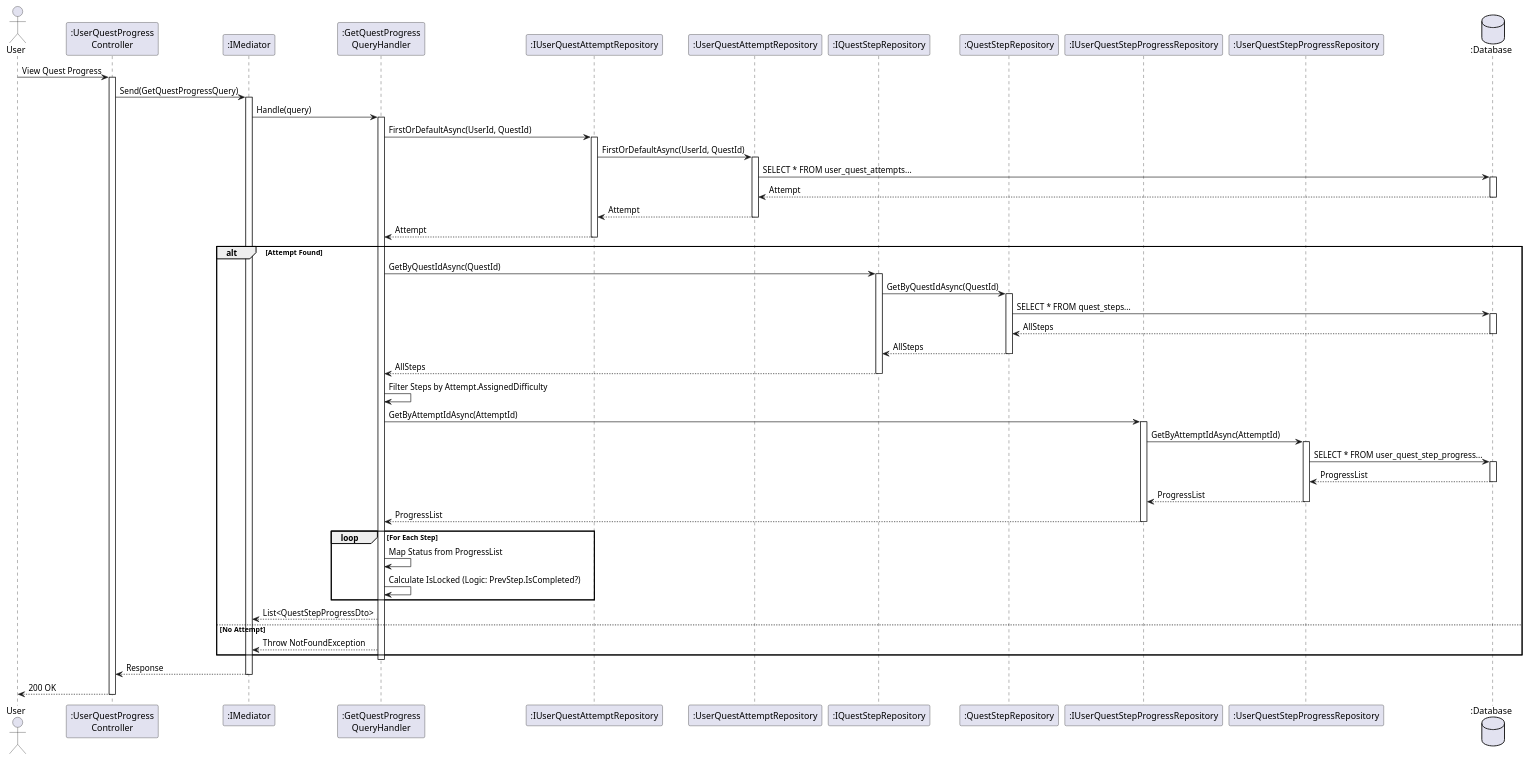
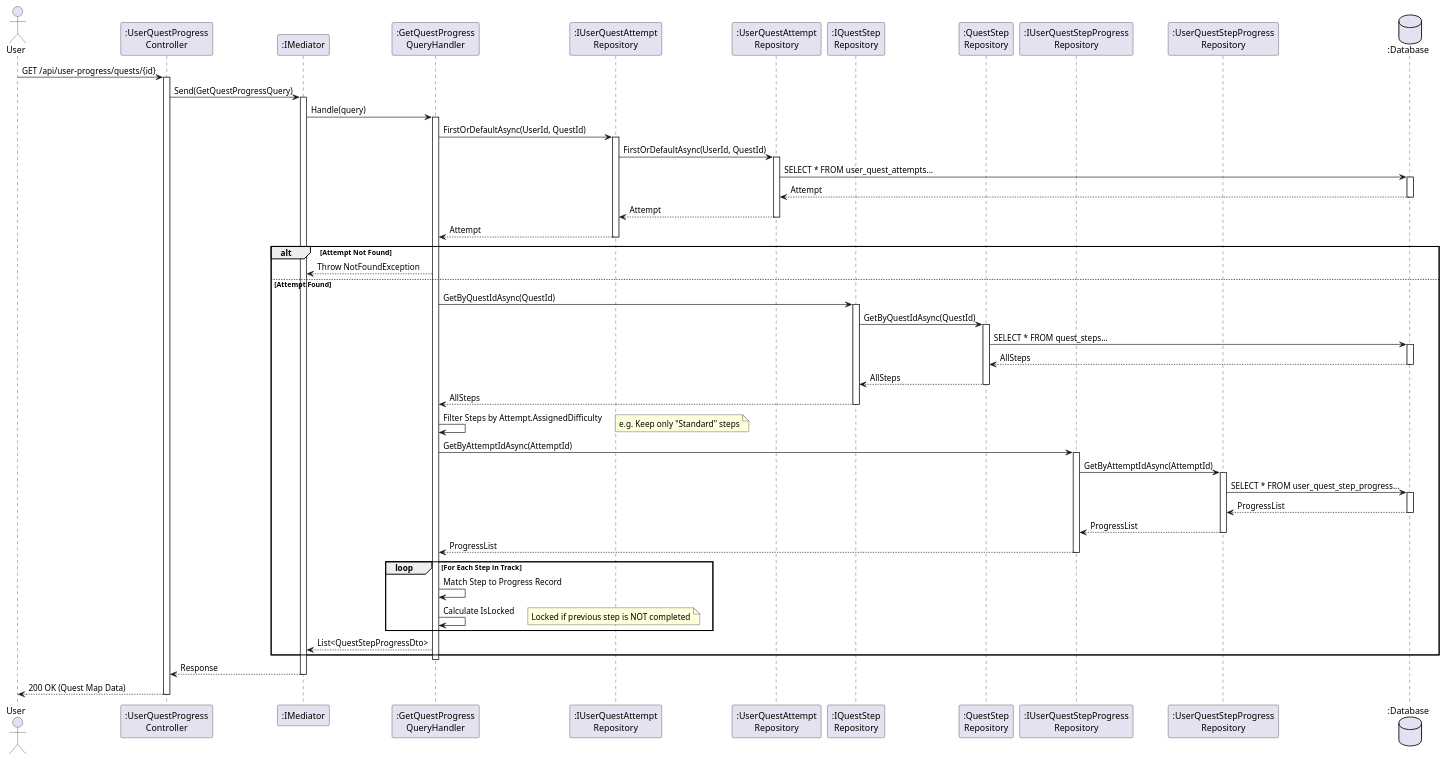
One commit to FA25SE050-RogueLearn/RogueLearn.BMAD.Documentation changed the diagram in docs/srs/diagrams/sequence-diagram/user-progress-statistic/get-user-quest-progress-seq.puml. Above: the diagram before and after it, drawn with PlantUML.

```diff
--- a/docs/srs/diagrams/sequence-diagram/user-progress-statistic/get-user-quest-progress-seq.puml
+++ b/docs/srs/diagrams/sequence-diagram/user-progress-statistic/get-user-quest-progress-seq.puml
@@ -1,86 +1,93 @@
 @startuml
 actor User
 participant ":UserQuestProgress\nController" as Controller
 participant ":IMediator" as Med
 participant ":GetQuestProgress\nQueryHandler" as Handler
-participant ":IUserQuestAttemptRepository" as IAttemptRepo
-participant ":UserQuestAttemptRepository" as AttemptRepo
-participant ":IQuestStepRepository" as IStepRepo
-participant ":QuestStepRepository" as StepRepo
-participant ":IUserQuestStepProgressRepository" as IProgressRepo
-participant ":UserQuestStepProgressRepository" as ProgressRepo
+participant ":IUserQuestAttempt\nRepository" as IAttemptRepo
+participant ":UserQuestAttempt\nRepository" as AttemptRepo
+participant ":IQuestStep\nRepository" as IStepRepo
+participant ":QuestStep\nRepository" as StepRepo
+participant ":IUserQuestStepProgress\nRepository" as IProgressRepo
+participant ":UserQuestStepProgress\nRepository" as ProgressRepo
 database ":Database" as DB
 
-User -> Controller : View Quest Progress
+User -> Controller : GET /api/user-progress/quests/{id}
 activate Controller
 
 Controller -> Med : Send(GetQuestProgressQuery)
 activate Med
 
 Med -> Handler : Handle(query)
 activate Handler
 
-' 1. Get Attempt (Source of Truth)
+' 1. Get Attempt (Source of Truth for Difficulty)
 Handler -> IAttemptRepo : FirstOrDefaultAsync(UserId, QuestId)
 activate IAttemptRepo
 IAttemptRepo -> AttemptRepo : FirstOrDefaultAsync(UserId, QuestId)
 activate AttemptRepo
 AttemptRepo -> DB : SELECT * FROM user_quest_attempts...
 activate DB
 DB --> AttemptRepo : Attempt
 deactivate DB
 AttemptRepo --> IAttemptRepo : Attempt
 deactivate AttemptRepo
 IAttemptRepo --> Handler : Attempt
 deactivate IAttemptRepo
 
-alt Attempt Found
-    ' 2. Get Steps for Track
+alt Attempt Not Found
+    Handler --> Med : Throw NotFoundException
+else Attempt Found
+    ' 2. Get All Master Steps for Quest
     Handler -> IStepRepo : GetByQuestIdAsync(QuestId)
     activate IStepRepo
     IStepRepo -> StepRepo : GetByQuestIdAsync(QuestId)
     activate StepRepo
     StepRepo -> DB : SELECT * FROM quest_steps...
     activate DB
     DB --> StepRepo : AllSteps
     deactivate DB
     StepRepo --> IStepRepo : AllSteps
     deactivate StepRepo
     IStepRepo --> Handler : AllSteps
     deactivate IStepRepo
 
+    ' 3. Filter Steps by Assigned Difficulty (In-Memory)
     Handler -> Handler : Filter Steps by Attempt.AssignedDifficulty
+    note right
+        e.g. Keep only "Standard" steps
+    end note
 
-    ' 3. Get Progress Records
+    ' 4. Get Existing Progress Records
     Handler -> IProgressRepo : GetByAttemptIdAsync(AttemptId)
     activate IProgressRepo
     IProgressRepo -> ProgressRepo : GetByAttemptIdAsync(AttemptId)
     activate ProgressRepo
     ProgressRepo -> DB : SELECT * FROM user_quest_step_progress...
     activate DB
     DB --> ProgressRepo : ProgressList
     deactivate DB
     ProgressRepo --> IProgressRepo : ProgressList
     deactivate ProgressRepo
     IProgressRepo --> Handler : ProgressList
     deactivate IProgressRepo
 
-    ' 4. Merge & Calculate Lock State
-    loop For Each Step
-        Handler -> Handler : Map Status from ProgressList
-        Handler -> Handler : Calculate IsLocked (Logic: PrevStep.IsCompleted?)
+    ' 5. Merge & Calculate Lock State
+    loop For Each Step in Track
+        Handler -> Handler : Match Step to Progress Record
+        Handler -> Handler : Calculate IsLocked
+        note right
+            Locked if previous step is NOT completed
+        end note
     end
 
     Handler --> Med : List<QuestStepProgressDto>
-else No Attempt
-    Handler --> Med : Throw NotFoundException
 end
 
 deactivate Handler
 
 Med --> Controller : Response
 deactivate Med
 
-Controller --> User : 200 OK
+Controller --> User : 200 OK (Quest Map Data)
 deactivate Controller
 @enduml
```
